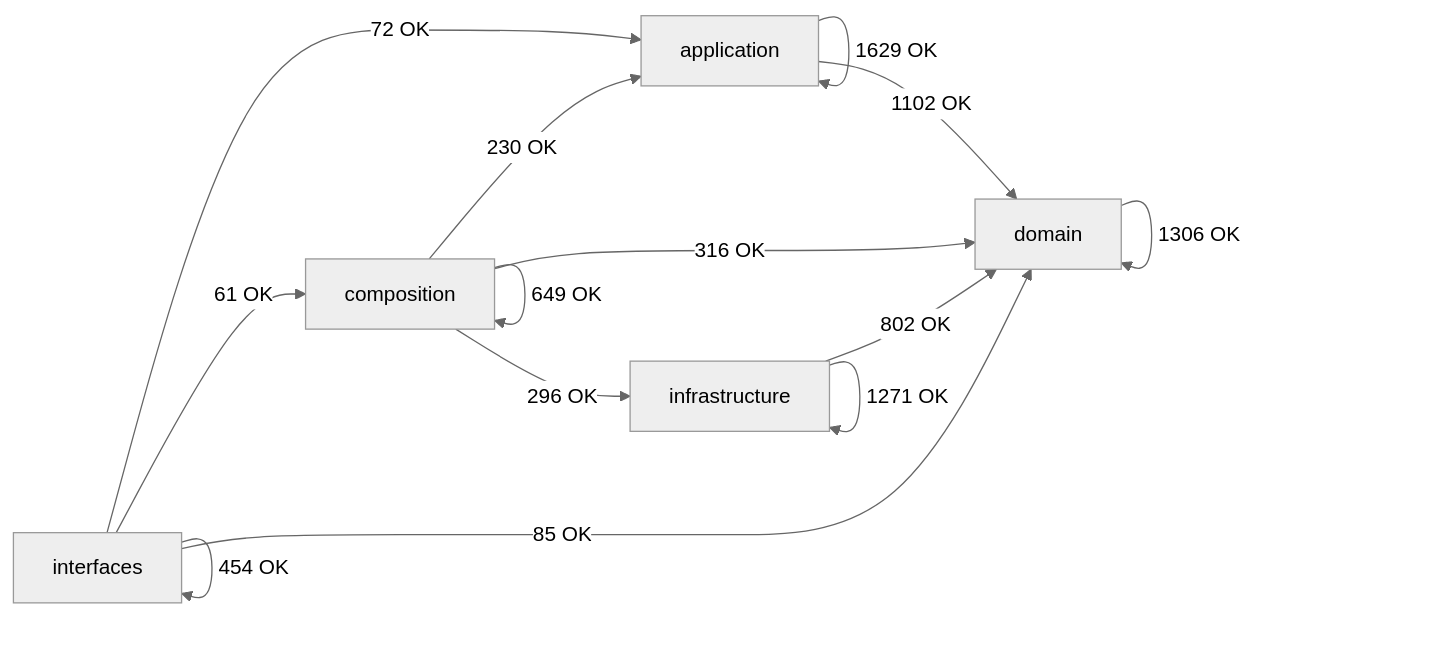
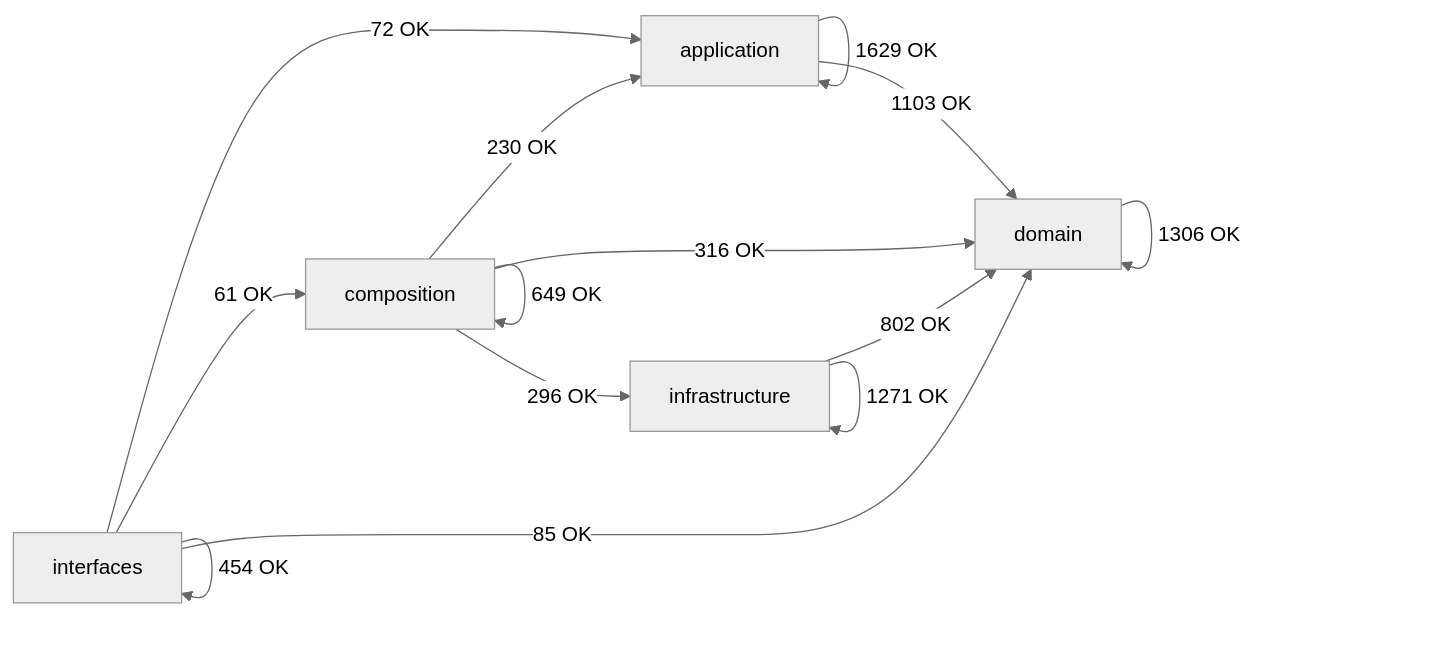
One commit to SatoryKono/BioactivityDataAcquisition changed the diagram in docs/02-architecture/generated/module-dependency-map.md. Above: the diagram before and after it, drawn with Mermaid (neutral theme). The commit also changed other lines of this file and 111 other files, not shown here.

````diff
--- a/docs/02-architecture/generated/module-dependency-map.md
+++ b/docs/02-architecture/generated/module-dependency-map.md
@@ -17,21 +17,21 @@
 ```mermaid
 flowchart LR
     domain[domain]
     application[application]
     infrastructure[infrastructure]
     composition[composition]
     interfaces[interfaces]
     application -->|1629 OK| application
-    application -->|1102 OK| domain
+    application -->|1103 OK| domain
     composition -->|230 OK| application
     composition -->|649 OK| composition
     composition -->|316 OK| domain
     composition -->|296 OK| infrastructure
     domain -->|1306 OK| domain
     infrastructure -->|802 OK| domain
     infrastructure -->|1271 OK| infrastructure
     interfaces -->|72 OK| application
     interfaces -->|61 OK| composition
     interfaces -->|85 OK| domain
     interfaces -->|454 OK| interfaces
 ```
````
